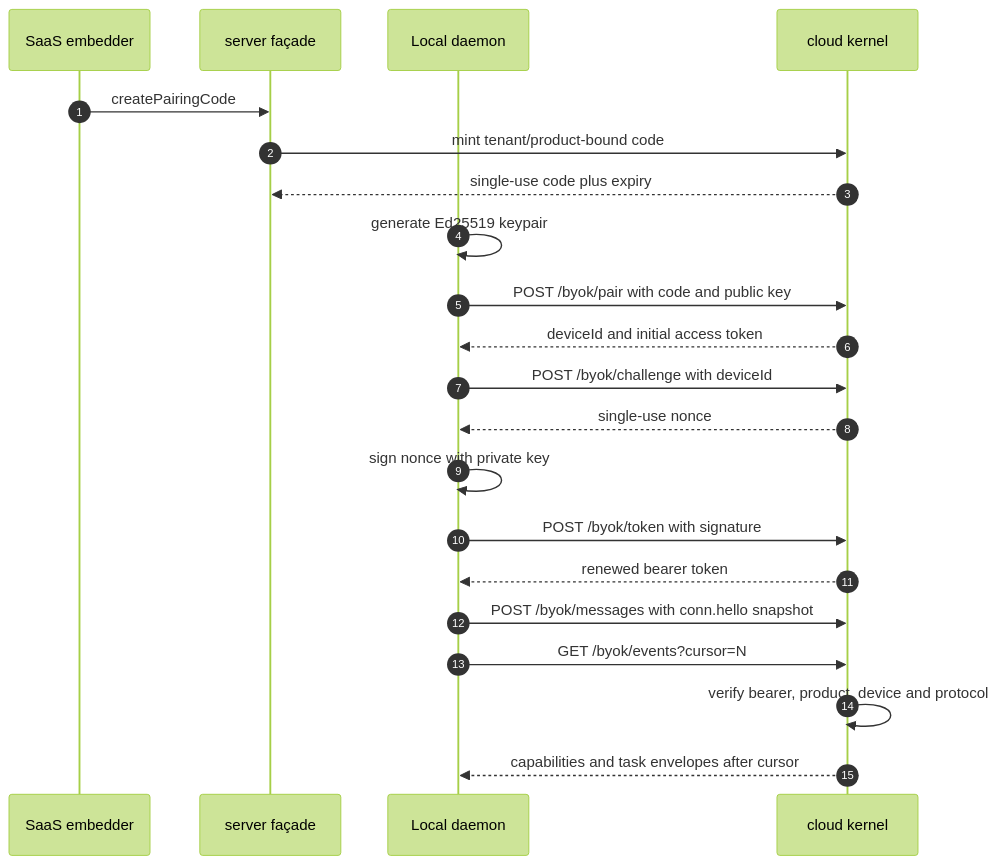
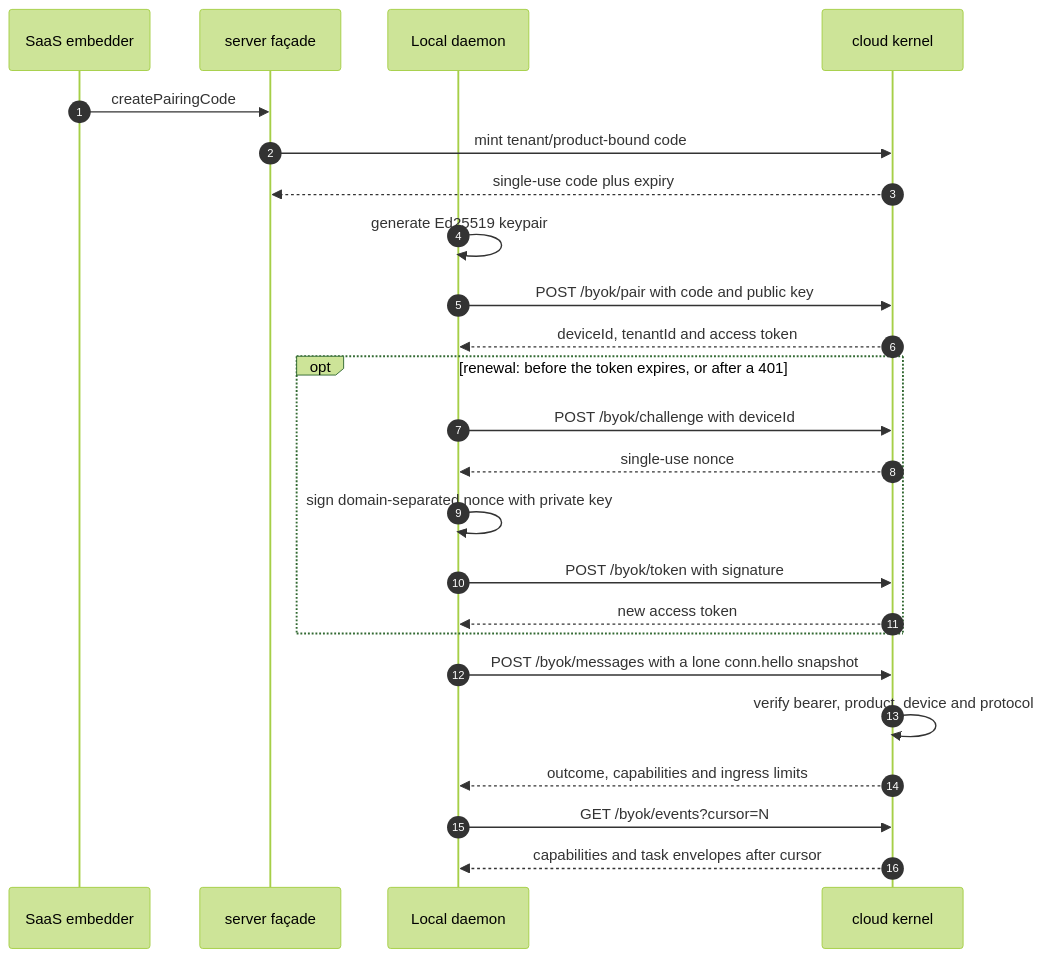
Before and after one commit to Ancienttwo/byok-sdk: the tenth of 22 diagrams in docs/architecture/sdk-architecture.md, drawn with Mermaid (forest theme). The commit also changed other lines of this file and 10 other files, not shown here.

First line of the commit message:
docs(architecture): align sdk-architecture.md with the source, and retire three no-op scripts (#927, #925 phase 0)

````diff
--- a/docs/architecture/sdk-architecture.md
+++ b/docs/architecture/sdk-architecture.md
@@ -793,24 +811,27 @@
 ```mermaid
 sequenceDiagram
   autonumber
   participant App as SaaS embedder
   participant Server as server façade
   participant D as Local daemon
   participant Cloud as cloud kernel
 
   App->>Server: createPairingCode
   Server->>Cloud: mint tenant/product-bound code
   Cloud-->>Server: single-use code plus expiry
   D->>D: generate Ed25519 keypair
   D->>Cloud: POST /byok/pair with code and public key
-  Cloud-->>D: deviceId and initial access token
-  D->>Cloud: POST /byok/challenge with deviceId
-  Cloud-->>D: single-use nonce
-  D->>D: sign nonce with private key
-  D->>Cloud: POST /byok/token with signature
-  Cloud-->>D: renewed bearer token
-  D->>Cloud: POST /byok/messages with conn.hello snapshot
+  Cloud-->>D: deviceId, tenantId and access token
+  opt renewal: before the token expires, or after a 401
+    D->>Cloud: POST /byok/challenge with deviceId
+    Cloud-->>D: single-use nonce
+    D->>D: sign domain-separated nonce with private key
+    D->>Cloud: POST /byok/token with signature
+    Cloud-->>D: new access token
+  end
+  D->>Cloud: POST /byok/messages with a lone conn.hello snapshot
+  Cloud->>Cloud: verify bearer, product, device and protocol
+  Cloud-->>D: outcome, capabilities and ingress limits
   D->>Cloud: GET /byok/events?cursor=N
-  Cloud->>Cloud: verify bearer, product, device and protocol
   Cloud-->>D: capabilities and task envelopes after cursor
 ```
````
